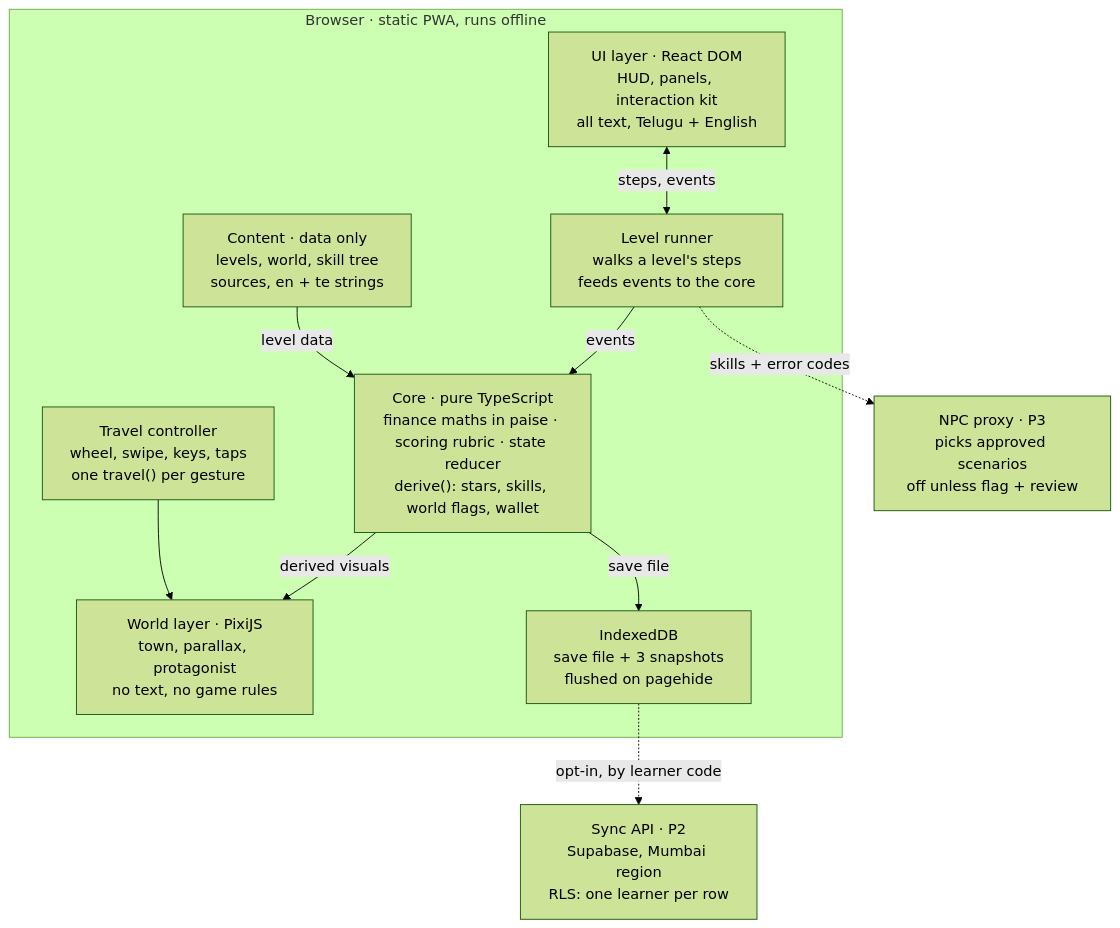
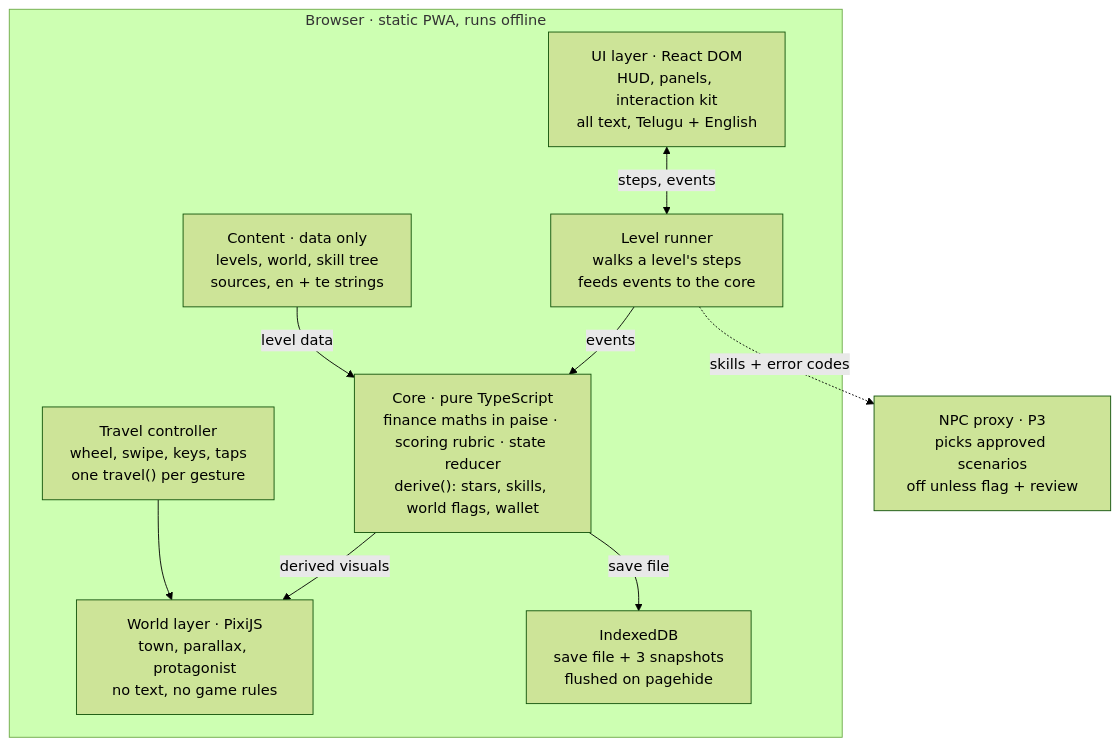
The first of 2 diagrams in docs/technical-implementation-plan.md (Megathon-Gs/life-of-rupee), drawn with Mermaid (forest theme) before and after one commit. The commit also changed other lines of this file and 13 other files, not shown here.

First line of the commit message:
docs(scope): drop sync, educator view and consent flow from P2 (#157)

````diff
--- a/docs/technical-implementation-plan.md
+++ b/docs/technical-implementation-plan.md
@@ -31,22 +31,20 @@
 ```mermaid
 flowchart TB
   subgraph Browser["Browser · static PWA, runs offline"]
     TC["Travel controller<br/>wheel, swipe, keys, taps<br/>one travel() per gesture"]
     WL["World layer · PixiJS<br/>town, parallax, protagonist<br/>no text, no game rules"]
     UI["UI layer · React DOM<br/>HUD, panels, interaction kit<br/>all text, Telugu + English"]
     CT["Content · data only<br/>levels, world, skill tree<br/>sources, en + te strings"]
     LR["Level runner<br/>walks a level's steps<br/>feeds events to the core"]
     CORE["Core · pure TypeScript<br/>finance maths in paise · scoring rubric · state reducer<br/>derive(): stars, skills, world flags, wallet"]
     DB["IndexedDB<br/>save file + 3 snapshots<br/>flushed on pagehide"]
     TC --> WL
     UI <-->|steps, events| LR
     LR -->|events| CORE
     CT -->|level data| CORE
     CORE -->|derived visuals| WL
     CORE -->|save file| DB
   end
-  SYNC["Sync API · P2<br/>Supabase, Mumbai region<br/>RLS: one learner per row"]
   NPC["NPC proxy · P3<br/>picks approved scenarios<br/>off unless flag + review"]
-  DB -.->|opt-in, by learner code| SYNC
   LR -.->|skills + error codes| NPC
 ```
````
